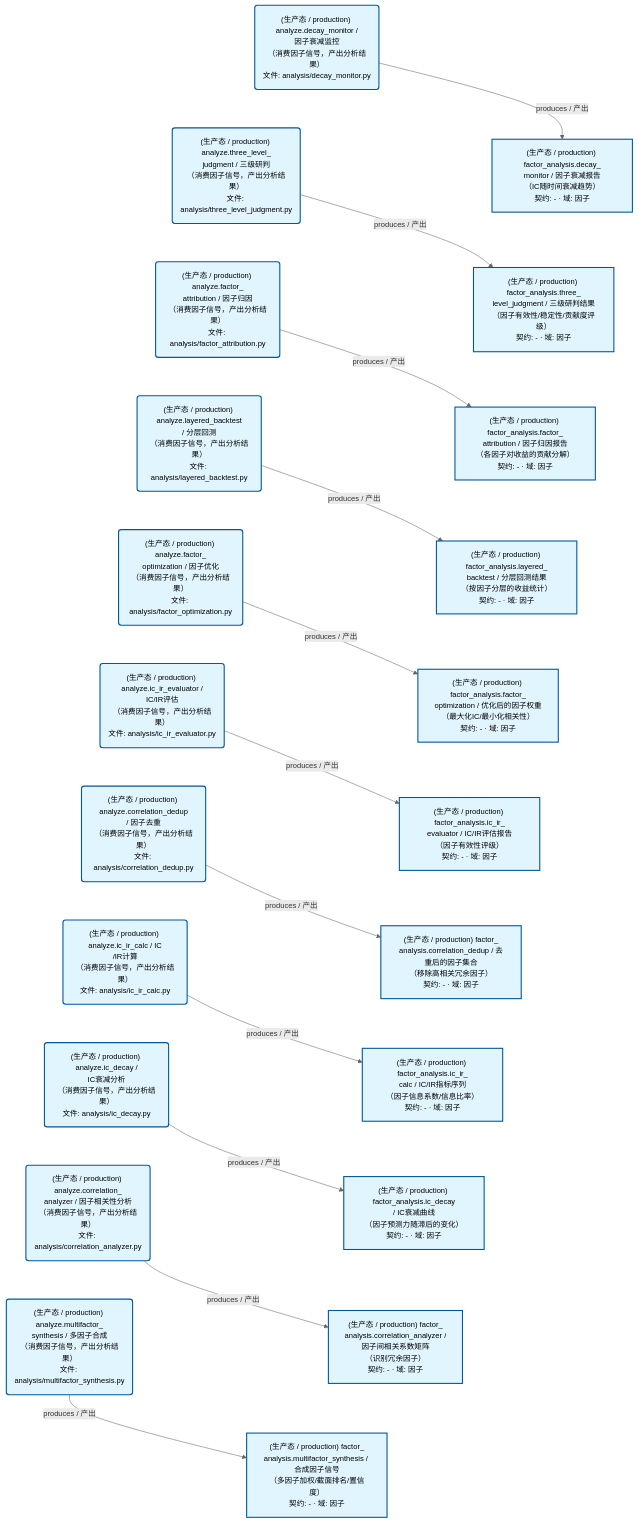
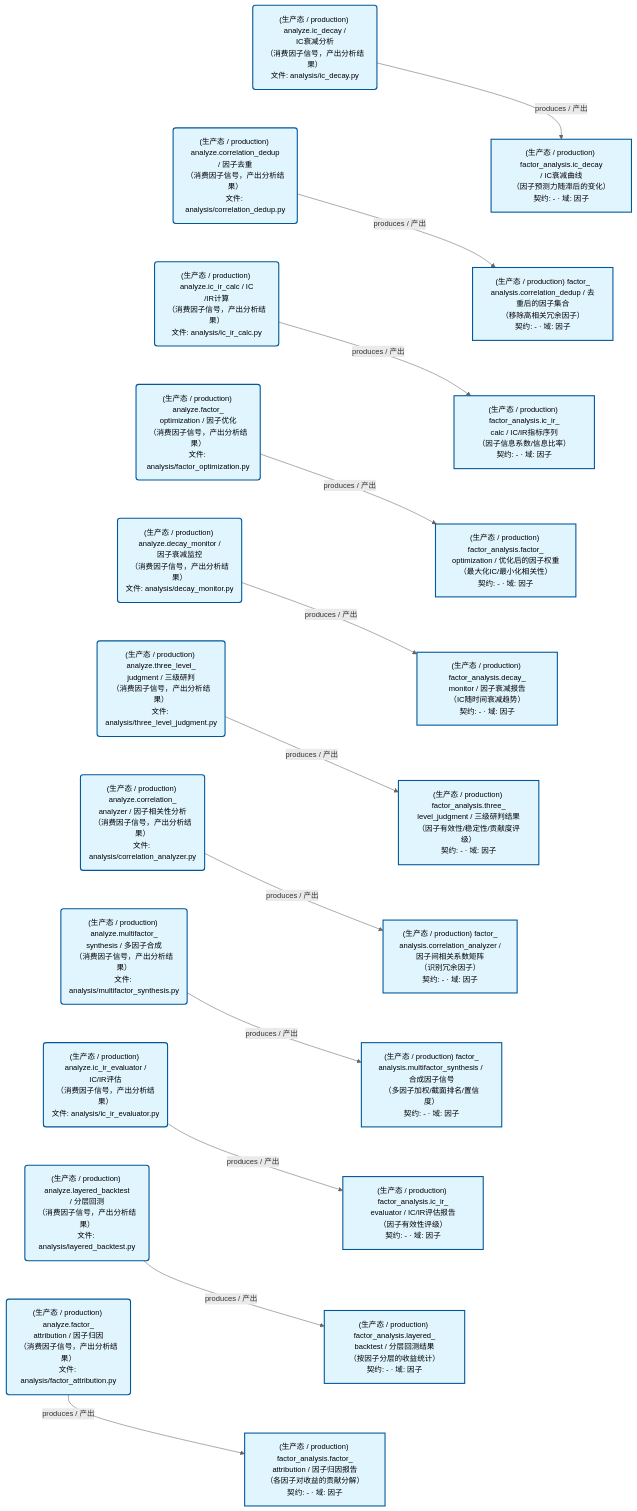
The second of 3 diagrams in docs/02_enterprise_architecture/05_dataflow_architecture/d_factor_analysis.md (xuanFelixVan/ZephyrAlpha), drawn with Mermaid before and after one commit. The commit also changed other lines of this file and 173 other files, not shown here.

````diff
--- a/docs/02_enterprise_architecture/05_dataflow_architecture/d_factor_analysis.md
+++ b/docs/02_enterprise_architecture/05_dataflow_architecture/d_factor_analysis.md
@@ -122,62 +122,62 @@
 ```mermaid
 %%{init: {'theme': 'base', 'themeVariables': {'primaryColor': '#eaeaea', 'primaryTextColor': '#333333', 'primaryBorderColor': '#666666', 'lineColor': '#666666', 'secondaryColor': '#eaeaea', 'tertiaryColor': '#eaeaea', 'clusterBkg': 'transparent', 'clusterBorder': 'transparent', 'fontSize': '14px'}}}%%
 flowchart TD
-    DS20879["(生产态 / production) factor_<br/>analysis.correlation_analyzer /<br/>因子间相关系数矩阵<br/>（识别冗余因子）<br/>契约: - · 域: 因子"]
-    DS20880["(生产态 / production) factor_<br/>analysis.correlation_dedup / 去重后的因子集合<br/>（移除高相关冗余因子）<br/>契约: - · 域: 因子"]
-    DS20881["(生产态 / production) factor_analysis.decay_<br/>monitor / 因子衰减报告<br/>（IC随时间衰减趋势）<br/>契约: - · 域: 因子"]
-    DS20882["(生产态 / production) factor_analysis.factor_<br/>attribution / 因子归因报告<br/>（各因子对收益的贡献分解）<br/>契约: - · 域: 因子"]
-    DS20883["(生产态 / production) factor_analysis.factor_<br/>optimization / 优化后的因子权重<br/>（最大化IC/最小化相关性）<br/>契约: - · 域: 因子"]
-    DS20884["(生产态 / production) factor_analysis.ic_decay<br/>/ IC衰减曲线<br/>（因子预测力随滞后的变化）<br/>契约: - · 域: 因子"]
-    DS20885["(生产态 / production) factor_analysis.ic_ir_<br/>calc / IC/IR指标序列<br/>（因子信息系数/信息比率）<br/>契约: - · 域: 因子"]
-    DS20886["(生产态 / production) factor_analysis.ic_ir_<br/>evaluator / IC/IR评估报告<br/>（因子有效性评级）<br/>契约: - · 域: 因子"]
-    DS20887["(生产态 / production) factor_analysis.layered_<br/>backtest / 分层回测结果<br/>（按因子分层的收益统计）<br/>契约: - · 域: 因子"]
-    DS20888["(生产态 / production) factor_<br/>analysis.multifactor_synthesis / 合成因子信号<br/>（多因子加权/截面排名/置信度）<br/>契约: - · 域: 因子"]
-    DS20889["(生产态 / production) factor_analysis.three_<br/>level_judgment / 三级研判结果<br/>（因子有效性/稳定性/贡献度评级）<br/>契约: - · 域: 因子"]
-    JOB969567("(生产态 / production) analyze.correlation_<br/>analyzer / 因子相关性分析<br/>（消费因子信号，产出分析结果）<br/>文件: analysis/correlation_analyzer.py")
-    JOB969568("(生产态 / production) analyze.correlation_dedup<br/>/ 因子去重<br/>（消费因子信号，产出分析结果）<br/>文件: analysis/correlation_dedup.py")
-    JOB969569("(生产态 / production) analyze.decay_monitor /<br/>因子衰减监控<br/>（消费因子信号，产出分析结果）<br/>文件: analysis/decay_monitor.py")
-    JOB969570("(生产态 / production) analyze.factor_<br/>attribution / 因子归因<br/>（消费因子信号，产出分析结果）<br/>文件: analysis/factor_attribution.py")
-    JOB969571("(生产态 / production) analyze.factor_<br/>optimization / 因子优化<br/>（消费因子信号，产出分析结果）<br/>文件: analysis/factor_optimization.py")
-    JOB969572("(生产态 / production) analyze.ic_decay /<br/>IC衰减分析<br/>（消费因子信号，产出分析结果）<br/>文件: analysis/ic_decay.py")
-    JOB969573("(生产态 / production) analyze.ic_ir_calc / IC<br/>/IR计算<br/>（消费因子信号，产出分析结果）<br/>文件: analysis/ic_ir_calc.py")
-    JOB969574("(生产态 / production) analyze.ic_ir_evaluator /<br/>IC/IR评估<br/>（消费因子信号，产出分析结果）<br/>文件: analysis/ic_ir_evaluator.py")
-    JOB969575("(生产态 / production) analyze.layered_backtest<br/>/ 分层回测<br/>（消费因子信号，产出分析结果）<br/>文件: analysis/layered_backtest.py")
-    JOB969576("(生产态 / production) analyze.multifactor_<br/>synthesis / 多因子合成<br/>（消费因子信号，产出分析结果）<br/>文件: analysis/multifactor_synthesis.py")
-    JOB969577("(生产态 / production) analyze.three_level_<br/>judgment / 三级研判<br/>（消费因子信号，产出分析结果）<br/>文件: analysis/three_level_judgment.py")
-    JOB969567 -->|produces / 产出| DS20879
-    JOB969568 -->|produces / 产出| DS20880
-    JOB969569 -->|produces / 产出| DS20881
-    JOB969570 -->|produces / 产出| DS20882
-    JOB969571 -->|produces / 产出| DS20883
-    JOB969572 -->|produces / 产出| DS20884
-    JOB969573 -->|produces / 产出| DS20885
-    JOB969574 -->|produces / 产出| DS20886
-    JOB969575 -->|produces / 产出| DS20887
-    JOB969576 -->|produces / 产出| DS20888
-    JOB969577 -->|produces / 产出| DS20889
-    JOB969569 ~~~ JOB969577
-    JOB969577 ~~~ JOB969570
-    JOB969570 ~~~ JOB969575
-    JOB969575 ~~~ JOB969571
-    JOB969571 ~~~ JOB969574
-    JOB969574 ~~~ JOB969568
-    JOB969568 ~~~ JOB969573
-    JOB969573 ~~~ JOB969572
-    JOB969572 ~~~ JOB969567
-    JOB969567 ~~~ JOB969576
-    DS20881 ~~~ DS20889
-    DS20889 ~~~ DS20882
-    DS20882 ~~~ DS20887
-    DS20887 ~~~ DS20883
-    DS20883 ~~~ DS20886
-    DS20886 ~~~ DS20880
-    DS20880 ~~~ DS20885
-    DS20885 ~~~ DS20884
-    DS20884 ~~~ DS20879
-    DS20879 ~~~ DS20888
+    DS22779["(生产态 / production) factor_<br/>analysis.correlation_analyzer /<br/>因子间相关系数矩阵<br/>（识别冗余因子）<br/>契约: - · 域: 因子"]
+    DS22780["(生产态 / production) factor_<br/>analysis.correlation_dedup / 去重后的因子集合<br/>（移除高相关冗余因子）<br/>契约: - · 域: 因子"]
+    DS22781["(生产态 / production) factor_analysis.decay_<br/>monitor / 因子衰减报告<br/>（IC随时间衰减趋势）<br/>契约: - · 域: 因子"]
+    DS22782["(生产态 / production) factor_analysis.factor_<br/>attribution / 因子归因报告<br/>（各因子对收益的贡献分解）<br/>契约: - · 域: 因子"]
+    DS22783["(生产态 / production) factor_analysis.factor_<br/>optimization / 优化后的因子权重<br/>（最大化IC/最小化相关性）<br/>契约: - · 域: 因子"]
+    DS22784["(生产态 / production) factor_analysis.ic_decay<br/>/ IC衰减曲线<br/>（因子预测力随滞后的变化）<br/>契约: - · 域: 因子"]
+    DS22785["(生产态 / production) factor_analysis.ic_ir_<br/>calc / IC/IR指标序列<br/>（因子信息系数/信息比率）<br/>契约: - · 域: 因子"]
+    DS22786["(生产态 / production) factor_analysis.ic_ir_<br/>evaluator / IC/IR评估报告<br/>（因子有效性评级）<br/>契约: - · 域: 因子"]
+    DS22787["(生产态 / production) factor_analysis.layered_<br/>backtest / 分层回测结果<br/>（按因子分层的收益统计）<br/>契约: - · 域: 因子"]
+    DS22788["(生产态 / production) factor_<br/>analysis.multifactor_synthesis / 合成因子信号<br/>（多因子加权/截面排名/置信度）<br/>契约: - · 域: 因子"]
+    DS22789["(生产态 / production) factor_analysis.three_<br/>level_judgment / 三级研判结果<br/>（因子有效性/稳定性/贡献度评级）<br/>契约: - · 域: 因子"]
+    JOB1023281("(生产态 / production) analyze.correlation_<br/>analyzer / 因子相关性分析<br/>（消费因子信号，产出分析结果）<br/>文件: analysis/correlation_analyzer.py")
+    JOB1023282("(生产态 / production) analyze.correlation_dedup<br/>/ 因子去重<br/>（消费因子信号，产出分析结果）<br/>文件: analysis/correlation_dedup.py")
+    JOB1023283("(生产态 / production) analyze.decay_monitor /<br/>因子衰减监控<br/>（消费因子信号，产出分析结果）<br/>文件: analysis/decay_monitor.py")
+    JOB1023284("(生产态 / production) analyze.factor_<br/>attribution / 因子归因<br/>（消费因子信号，产出分析结果）<br/>文件: analysis/factor_attribution.py")
+    JOB1023285("(生产态 / production) analyze.factor_<br/>optimization / 因子优化<br/>（消费因子信号，产出分析结果）<br/>文件: analysis/factor_optimization.py")
+    JOB1023286("(生产态 / production) analyze.ic_decay /<br/>IC衰减分析<br/>（消费因子信号，产出分析结果）<br/>文件: analysis/ic_decay.py")
+    JOB1023287("(生产态 / production) analyze.ic_ir_calc / IC<br/>/IR计算<br/>（消费因子信号，产出分析结果）<br/>文件: analysis/ic_ir_calc.py")
+    JOB1023288("(生产态 / production) analyze.ic_ir_evaluator /<br/>IC/IR评估<br/>（消费因子信号，产出分析结果）<br/>文件: analysis/ic_ir_evaluator.py")
+    JOB1023289("(生产态 / production) analyze.layered_backtest<br/>/ 分层回测<br/>（消费因子信号，产出分析结果）<br/>文件: analysis/layered_backtest.py")
+    JOB1023290("(生产态 / production) analyze.multifactor_<br/>synthesis / 多因子合成<br/>（消费因子信号，产出分析结果）<br/>文件: analysis/multifactor_synthesis.py")
+    JOB1023291("(生产态 / production) analyze.three_level_<br/>judgment / 三级研判<br/>（消费因子信号，产出分析结果）<br/>文件: analysis/three_level_judgment.py")
+    JOB1023281 -->|produces / 产出| DS22779
+    JOB1023282 -->|produces / 产出| DS22780
+    JOB1023283 -->|produces / 产出| DS22781
+    JOB1023284 -->|produces / 产出| DS22782
+    JOB1023285 -->|produces / 产出| DS22783
+    JOB1023286 -->|produces / 产出| DS22784
+    JOB1023287 -->|produces / 产出| DS22785
+    JOB1023288 -->|produces / 产出| DS22786
+    JOB1023289 -->|produces / 产出| DS22787
+    JOB1023290 -->|produces / 产出| DS22788
+    JOB1023291 -->|produces / 产出| DS22789
+    JOB1023286 ~~~ JOB1023282
+    JOB1023282 ~~~ JOB1023287
+    JOB1023287 ~~~ JOB1023285
+    JOB1023285 ~~~ JOB1023283
+    JOB1023283 ~~~ JOB1023291
+    JOB1023291 ~~~ JOB1023281
+    JOB1023281 ~~~ JOB1023290
+    JOB1023290 ~~~ JOB1023288
+    JOB1023288 ~~~ JOB1023289
+    JOB1023289 ~~~ JOB1023284
+    DS22784 ~~~ DS22780
+    DS22780 ~~~ DS22785
+    DS22785 ~~~ DS22783
+    DS22783 ~~~ DS22781
+    DS22781 ~~~ DS22789
+    DS22789 ~~~ DS22779
+    DS22779 ~~~ DS22788
+    DS22788 ~~~ DS22786
+    DS22786 ~~~ DS22787
+    DS22787 ~~~ DS22782
     classDef production fill:#e1f5fe,stroke:#01579b,stroke-width:2px,color:#000
     classDef design fill:#fff3e0,stroke:#e65100,stroke-width:2px,color:#000,stroke-dasharray: 5 5
     classDef external_prod fill:#e8f4fd,stroke:#0277bd,stroke-width:1px,color:#000
     classDef external_design fill:#fff8e7,stroke:#ef6c00,stroke-width:1px,color:#000,stroke-dasharray: 5 5
-    class DS20879,DS20880,DS20881,DS20882,DS20883,DS20884,DS20885,DS20886,DS20887,DS20888,DS20889,JOB969567,JOB969568,JOB969569,JOB969570,JOB969571,JOB969572,JOB969573,JOB969574,JOB969575,JOB969576,JOB969577 production
+    class DS22779,DS22780,DS22781,DS22782,DS22783,DS22784,DS22785,DS22786,DS22787,DS22788,DS22789,JOB1023281,JOB1023282,JOB1023283,JOB1023284,JOB1023285,JOB1023286,JOB1023287,JOB1023288,JOB1023289,JOB1023290,JOB1023291 production
 ```
````
